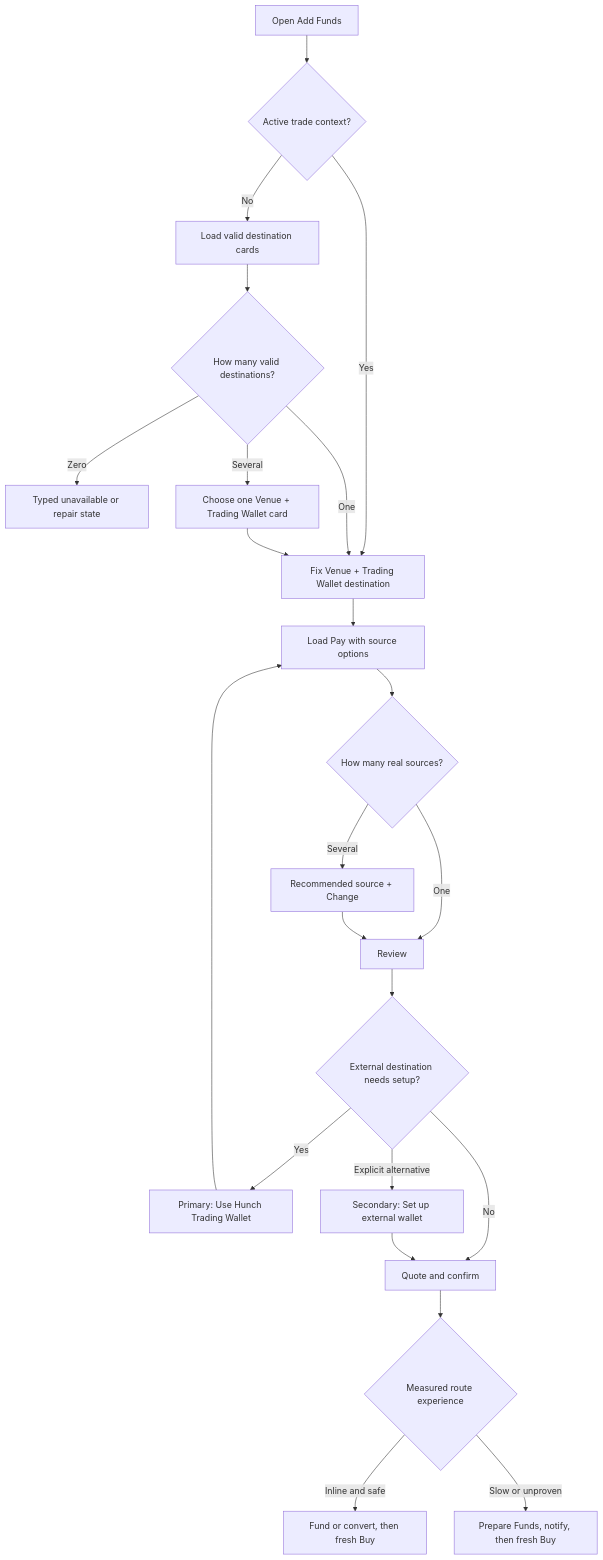
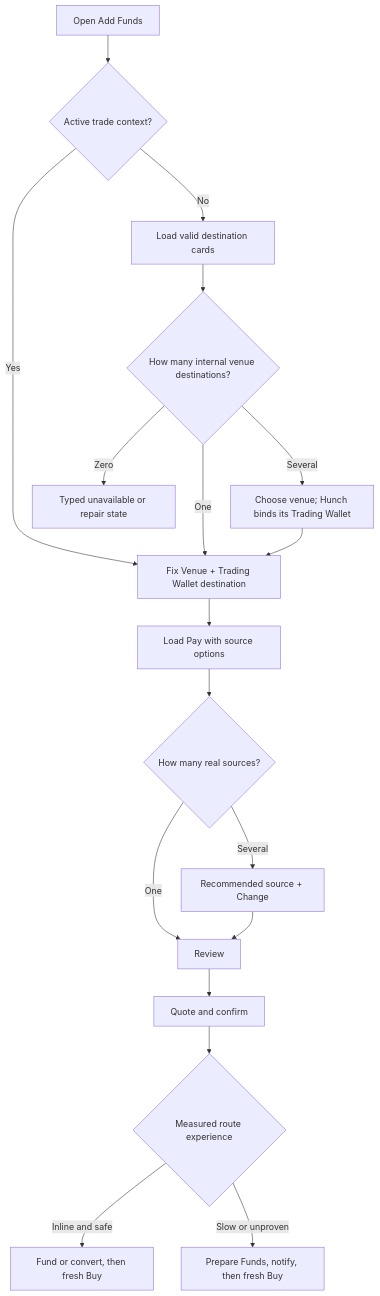
The first of 3 diagrams in docs/unified-account-value-relay-funding-plan-v2.md (Sureshot-Labs/hunch-monorepo), drawn with Mermaid before and after one commit. The commit also changed other lines of this file and 11 other files, not shown here.

Commit message:
feat: Enhance funding schemas and routes with market reference handling and validation improvements

````diff
--- a/docs/unified-account-value-relay-funding-plan-v2.md
+++ b/docs/unified-account-value-relay-funding-plan-v2.md
@@ -399,25 +415,20 @@
 ```mermaid
 flowchart TD
   A["Open Add Funds"] --> B{"Active trade context?"}
   B -->|Yes| C["Fix Venue + Trading Wallet destination"]
   B -->|No| D["Load valid destination cards"]
-  D --> E{"How many valid destinations?"}
+  D --> E{"How many internal venue destinations?"}
   E -->|Zero| F["Typed unavailable or repair state"]
   E -->|One| C
-  E -->|Several| G["Choose one Venue + Trading Wallet card"]
+  E -->|Several| G["Choose venue; Hunch binds its Trading Wallet"]
   G --> C
   C --> H["Load Pay with source options"]
   H --> I{"How many real sources?"}
   I -->|One| J["Review"]
   I -->|Several| K["Recommended source + Change"]
   K --> J
-  J --> L{"External destination needs setup?"}
-  L -->|No| M["Quote and confirm"]
-  L -->|Yes| N["Primary: Use Hunch Trading Wallet"]
-  L -->|Explicit alternative| O["Secondary: Set up external wallet"]
-  N --> H
-  O --> M
+  J --> M["Quote and confirm"]
   M --> P{"Measured route experience"}
   P -->|Inline and safe| Q["Fund or convert, then fresh Buy"]
   P -->|Slow or unproven| R["Prepare Funds, notify, then fresh Buy"]
 ```
````
